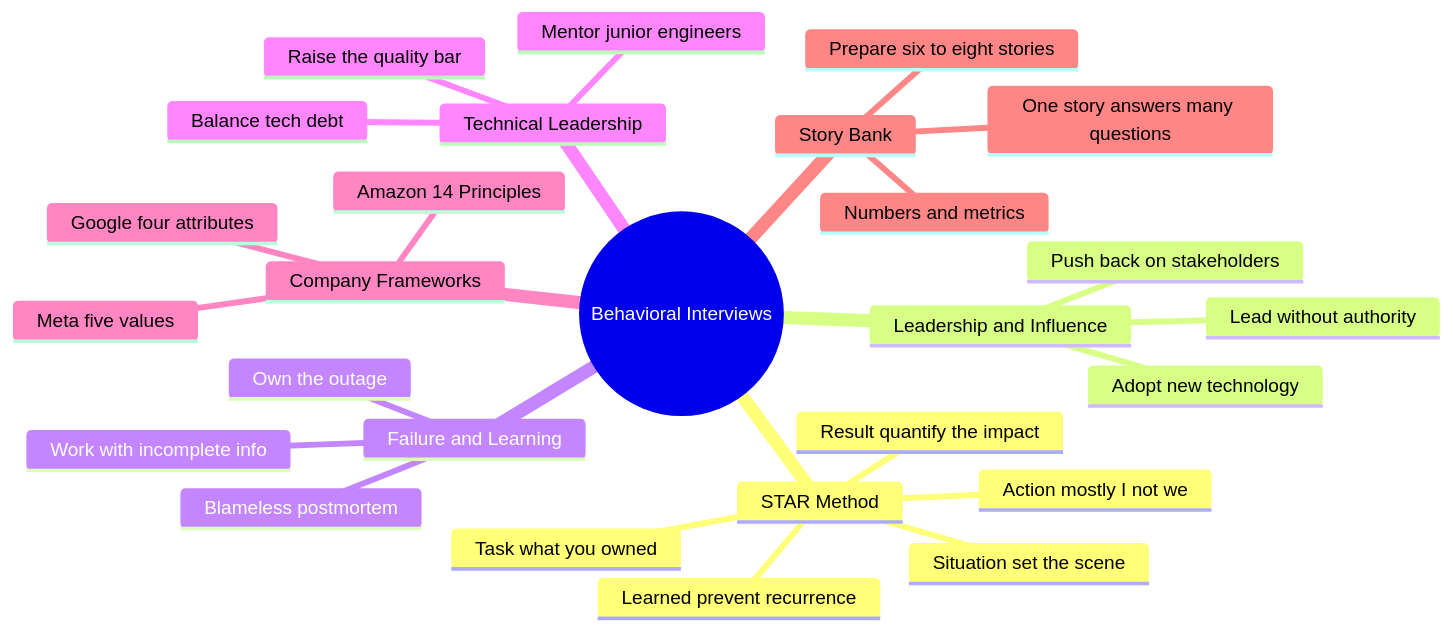
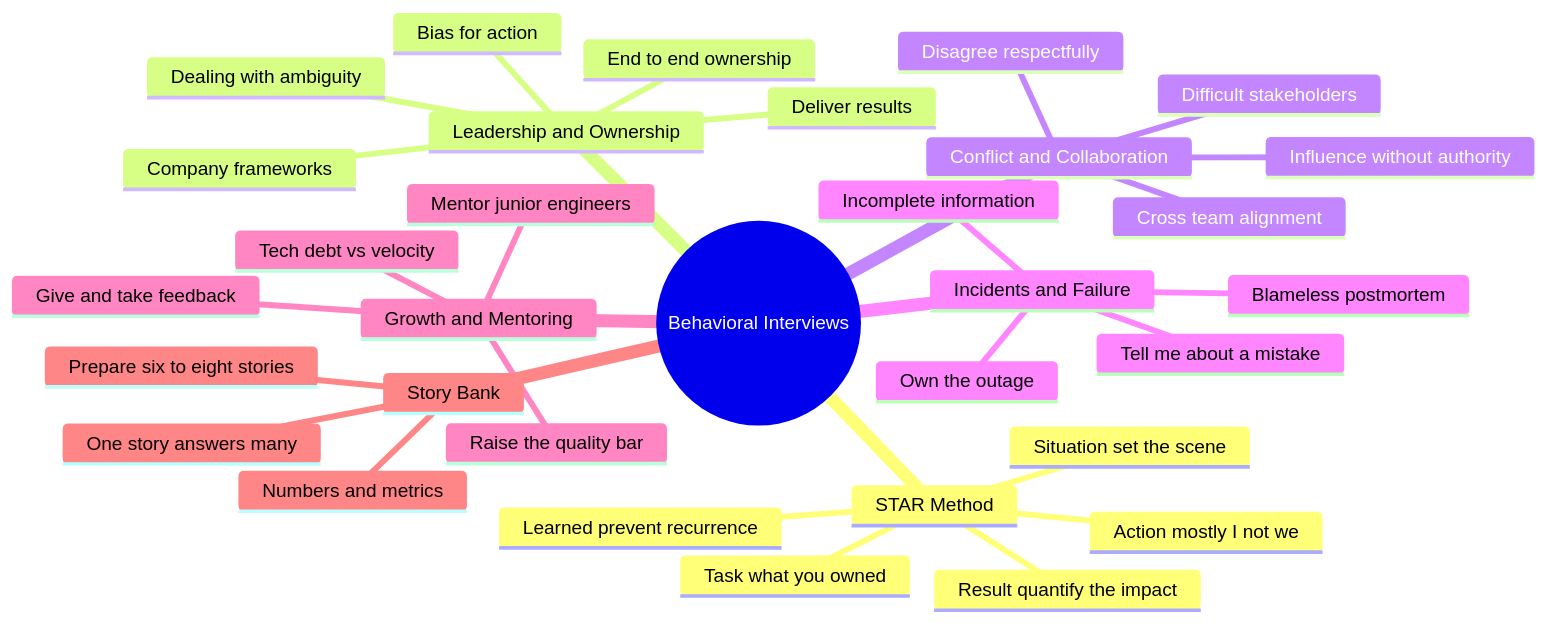
Before and after one commit to rakesh-budde/devops-guide: the diagram in behavioral/README.md, drawn with Mermaid. The commit also changed other lines of this file and 127 other files, not shown here.

````diff
--- a/behavioral/README.md
+++ b/behavioral/README.md
@@ -25,30 +33,35 @@
 ```mermaid
 mindmap
   root((Behavioral Interviews))
     STAR Method
       Situation set the scene
       Task what you owned
       Action mostly I not we
       Result quantify the impact
       Learned prevent recurrence
-    Leadership and Influence
-      Adopt new technology
-      Push back on stakeholders
-      Lead without authority
-    Failure and Learning
+    Leadership and Ownership
+      End to end ownership
+      Bias for action
+      Deliver results
+      Dealing with ambiguity
+      Company frameworks
+    Conflict and Collaboration
+      Disagree respectfully
+      Influence without authority
+      Cross team alignment
+      Difficult stakeholders
+    Incidents and Failure
       Own the outage
       Blameless postmortem
-      Work with incomplete info
-    Technical Leadership
-      Balance tech debt
+      Tell me about a mistake
+      Incomplete information
+    Growth and Mentoring
       Mentor junior engineers
+      Give and take feedback
       Raise the quality bar
-    Company Frameworks
-      Amazon 14 Principles
-      Google four attributes
-      Meta five values
+      Tech debt vs velocity
     Story Bank
       Prepare six to eight stories
       Numbers and metrics
-      One story answers many questions
+      One story answers many
 ```
````
